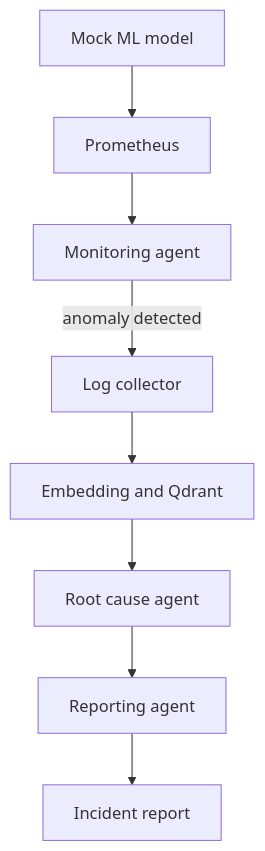
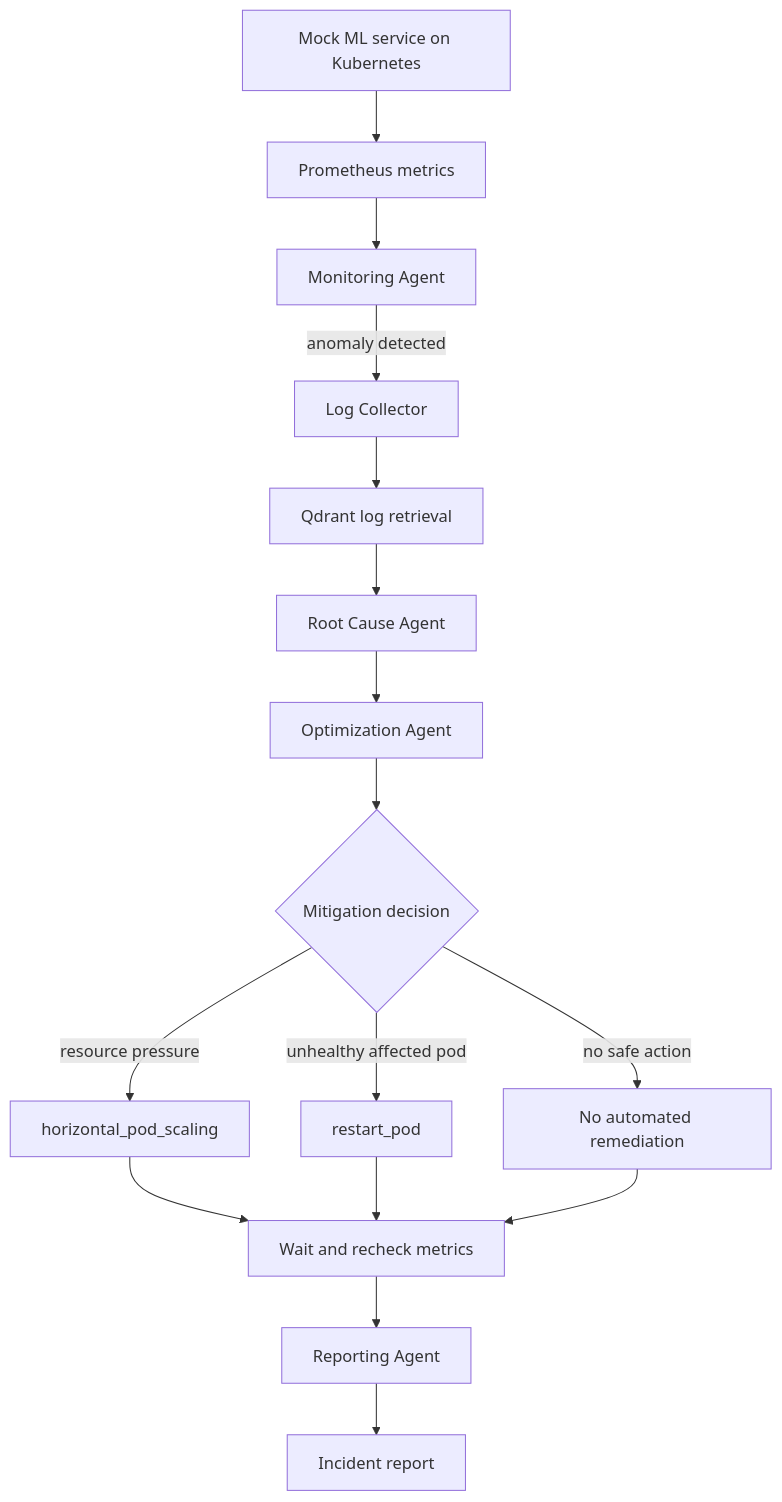
Before and after one commit to devlup-labs/InfraMind: the diagram in README.md, drawn with Mermaid. The commit also changed other lines of this file and 11 other files, not shown here.

````diff
--- a/README.md
+++ b/README.md
@@ -30,10 +11,18 @@
 ```mermaid
 flowchart TD
-    A[Mock ML model] --> B[Prometheus]
-    B --> C[Monitoring agent]
-    C -->|anomaly detected| D[Log collector]
-    D --> E[Embedding and Qdrant]
-    E --> F[Root cause agent]
-    F --> G[Reporting agent]
-    G --> H[Incident report]
+    A[Mock ML service on Kubernetes] --> B[Prometheus metrics]
+    B --> C[Monitoring Agent]
+    C -->|anomaly detected| D[Log Collector]
+    D --> E[Qdrant log retrieval]
+    E --> F[Root Cause Agent]
+    F --> G[Optimization Agent]
+    G --> H{Mitigation decision}
+    H -->|resource pressure| I[horizontal_pod_scaling]
+    H -->|unhealthy affected pod| J[restart_pod]
+    H -->|no safe action| K[No automated remediation]
+    I --> L[Wait and recheck metrics]
+    J --> L
+    K --> L
+    L --> M[Reporting Agent]
+    M --> N[Incident report]
 ```
````
